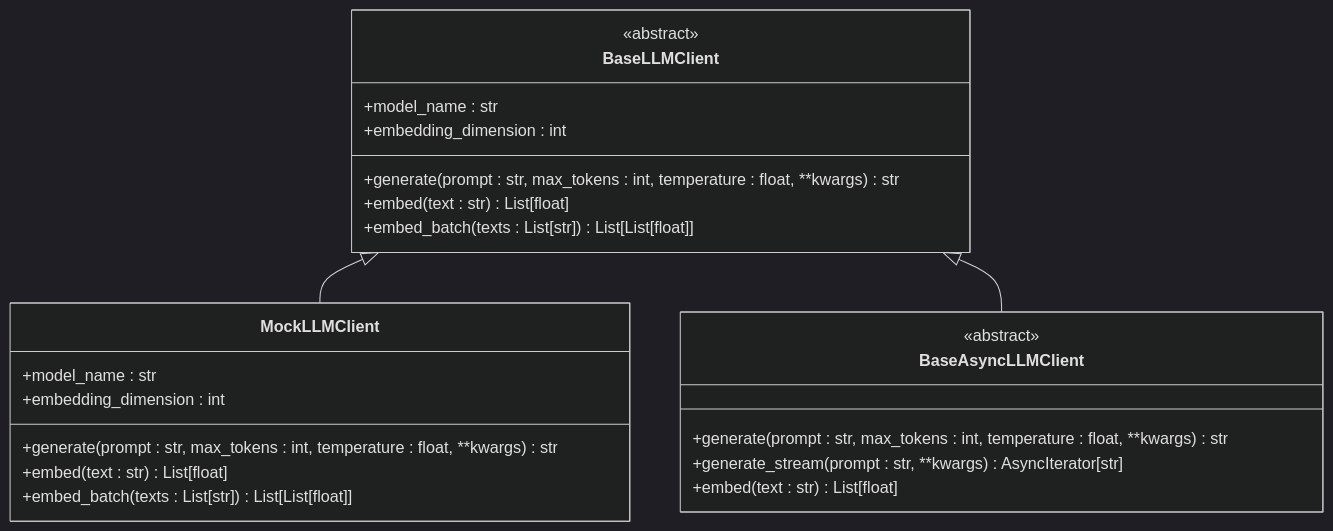
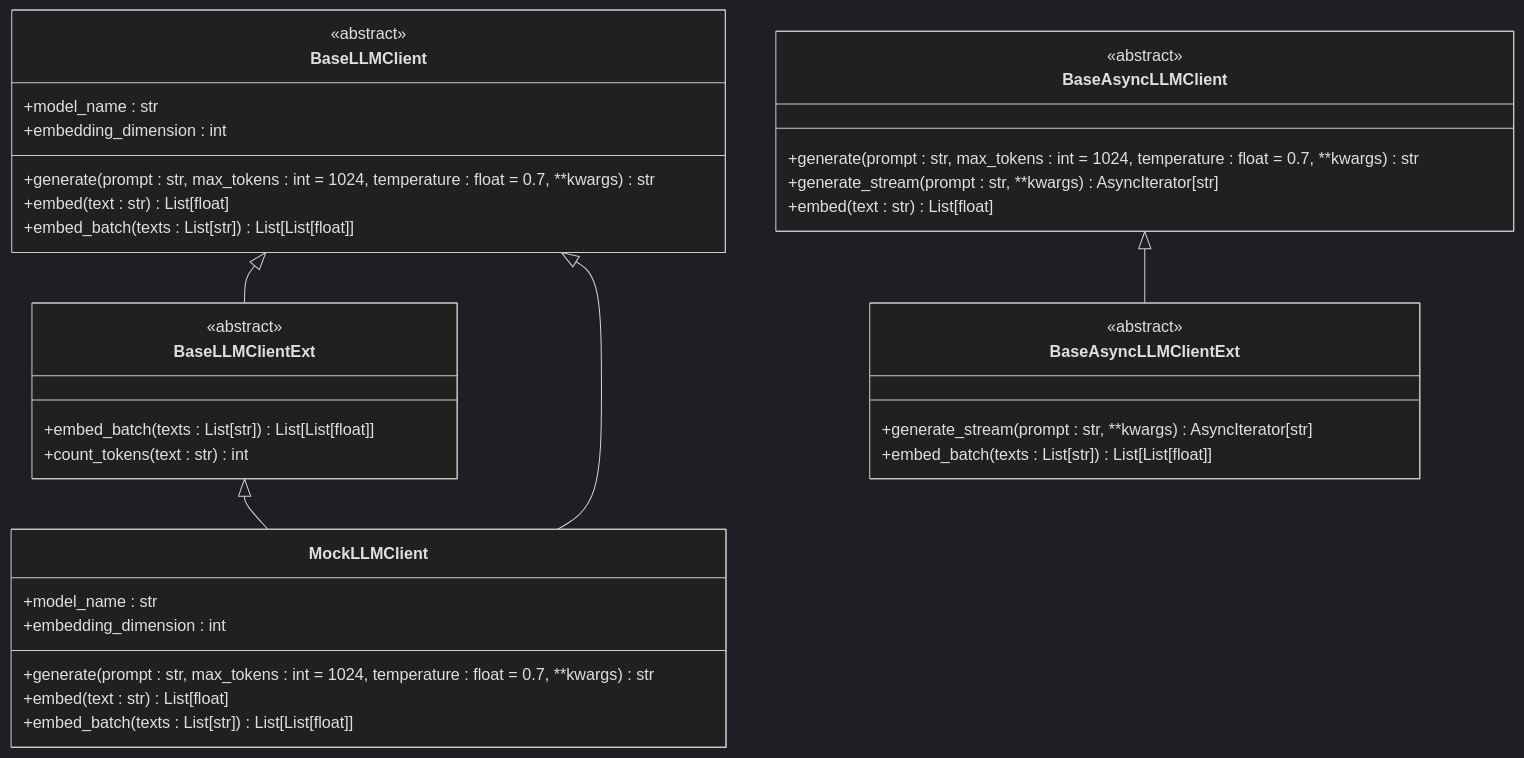
One commit to JieGaoPrinceton/NecoRAG changed the eighth of 13 diagrams in .qoder/repowiki/zh/content/核心架构设计/抽象基类设计.md. Above: the diagram before and after it, drawn with Mermaid (dark theme). The commit also changed other lines of this file and 12 other files, not shown here.

````diff
--- a/.qoder/repowiki/zh/content/核心架构设计/抽象基类设计.md
+++ b/.qoder/repowiki/zh/content/核心架构设计/抽象基类设计.md
@@ -561,26 +615,38 @@
 ```mermaid
 classDiagram
 class BaseLLMClient {
 <<abstract>>
-+generate(prompt : str, max_tokens : int, temperature : float, **kwargs) str
++generate(prompt : str, max_tokens : int = 1024, temperature : float = 0.7, **kwargs) str
 +embed(text : str) List[float]
 +embed_batch(texts : List[str]) List[List[float]]
 +model_name : str
 +embedding_dimension : int
 }
 class BaseAsyncLLMClient {
 <<abstract>>
-+generate(prompt : str, max_tokens : int, temperature : float, **kwargs) str
++generate(prompt : str, max_tokens : int = 1024, temperature : float = 0.7, **kwargs) str
 +generate_stream(prompt : str, **kwargs) AsyncIterator[str]
 +embed(text : str) List[float]
 }
 class MockLLMClient {
-+generate(prompt : str, max_tokens : int, temperature : float, **kwargs) str
++generate(prompt : str, max_tokens : int = 1024, temperature : float = 0.7, **kwargs) str
 +embed(text : str) List[float]
 +embed_batch(texts : List[str]) List[List[float]]
 +model_name : str
 +embedding_dimension : int
 }
+class BaseLLMClientExt {
+<<abstract>>
++embed_batch(texts : List[str]) List[List[float]]
++count_tokens(text : str) int
+}
+class BaseAsyncLLMClientExt {
+<<abstract>>
++generate_stream(prompt : str, **kwargs) AsyncIterator[str]
++embed_batch(texts : List[str]) List[List[float]]
+}
+BaseLLMClient <|-- BaseLLMClientExt
 BaseLLMClient <|-- MockLLMClient
-BaseLLMClient <|-- BaseAsyncLLMClient
+BaseAsyncLLMClient <|-- BaseAsyncLLMClientExt
+BaseLLMClientExt <|-- MockLLMClient
 ```
````
